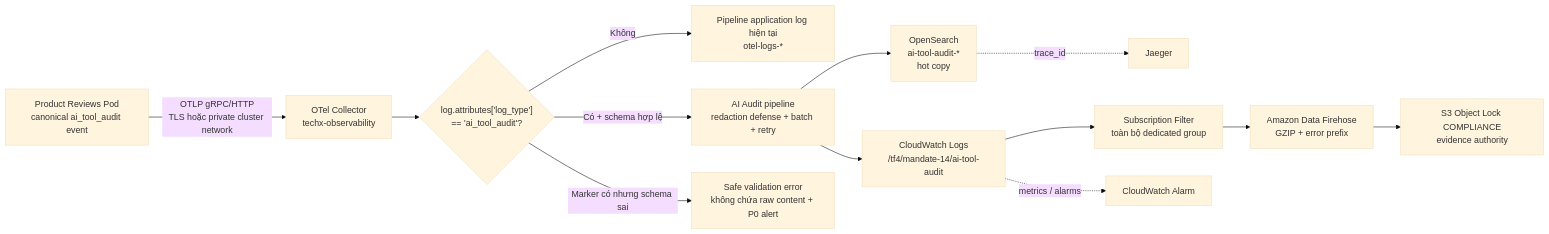
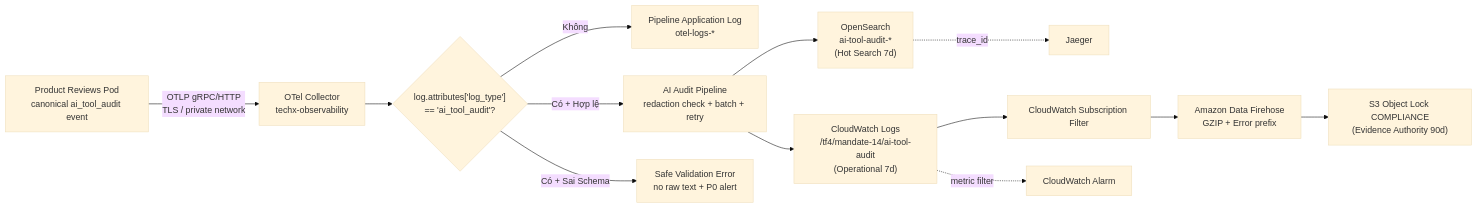
The diagram in docs/audit/planning/MANDATE-14-AI-AUDIT-LOG-PIPELINE-PLAN.md (TF4-Phase3-TechX/tf4-phase3-repo), drawn with Mermaid (base theme) before and after one commit. The commit also changed other lines of this file, not shown here.

Commit message:
docs(cdo07): update audit pipeline plan

````diff
--- a/docs/audit/planning/MANDATE-14-AI-AUDIT-LOG-PIPELINE-PLAN.md
+++ b/docs/audit/planning/MANDATE-14-AI-AUDIT-LOG-PIPELINE-PLAN.md
@@ -128,15 +67,15 @@
 ```mermaid
 flowchart LR
-    A["Product Reviews Pod<br/>canonical ai_tool_audit event"] -->|"OTLP gRPC/HTTP<br/>TLS hoặc private cluster network"| B["OTel Collector<br/>techx-observability"]
+    A["Product Reviews Pod<br/>canonical ai_tool_audit event"] -->|"OTLP gRPC/HTTP<br/>TLS / private network"| B["OTel Collector<br/>techx-observability"]
     B --> C{"log.attributes['log_type']<br/>== 'ai_tool_audit'?"}
-    C -->|"Không"| D["Pipeline application log hiện tại<br/>otel-logs-*"]
-    C -->|"Có + schema hợp lệ"| E["AI Audit pipeline<br/>redaction defense + batch + retry"]
-    C -->|"Marker có nhưng schema sai"| Q["Safe validation error<br/>không chứa raw content + P0 alert"]
-    E --> F["OpenSearch<br/>ai-tool-audit-*<br/>hot copy"]
-    E --> G["CloudWatch Logs<br/>/tf4/mandate-14/ai-tool-audit"]
-    G --> H["Subscription Filter<br/>toàn bộ dedicated group"]
-    H --> I["Amazon Data Firehose<br/>GZIP + error prefix"]
-    I --> J["S3 Object Lock COMPLIANCE<br/>evidence authority"]
+    C -->|"Không"| D["Pipeline Application Log<br/>otel-logs-*"]
+    C -->|"Có + Hợp lệ"| E["AI Audit Pipeline<br/>redaction check + batch + retry"]
+    C -->|"Có + Sai Schema"| Q["Safe Validation Error<br/>no raw text + P0 alert"]
+    E --> F["OpenSearch<br/>ai-tool-audit-*<br/>(Hot Search 7d)"]
+    E --> G["CloudWatch Logs<br/>/tf4/mandate-14/ai-tool-audit<br/>(Operational 7d)"]
+    G --> H["CloudWatch Subscription Filter"]
+    H --> I["Amazon Data Firehose<br/>GZIP + Error prefix"]
+    I --> J["S3 Object Lock COMPLIANCE<br/>(Evidence Authority 90d)"]
     F -. "trace_id" .-> K["Jaeger"]
-    G -. "metrics / alarms" .-> L["CloudWatch Alarm"]
+    G -. "metric filter" .-> L["CloudWatch Alarm"]
 ```
````
